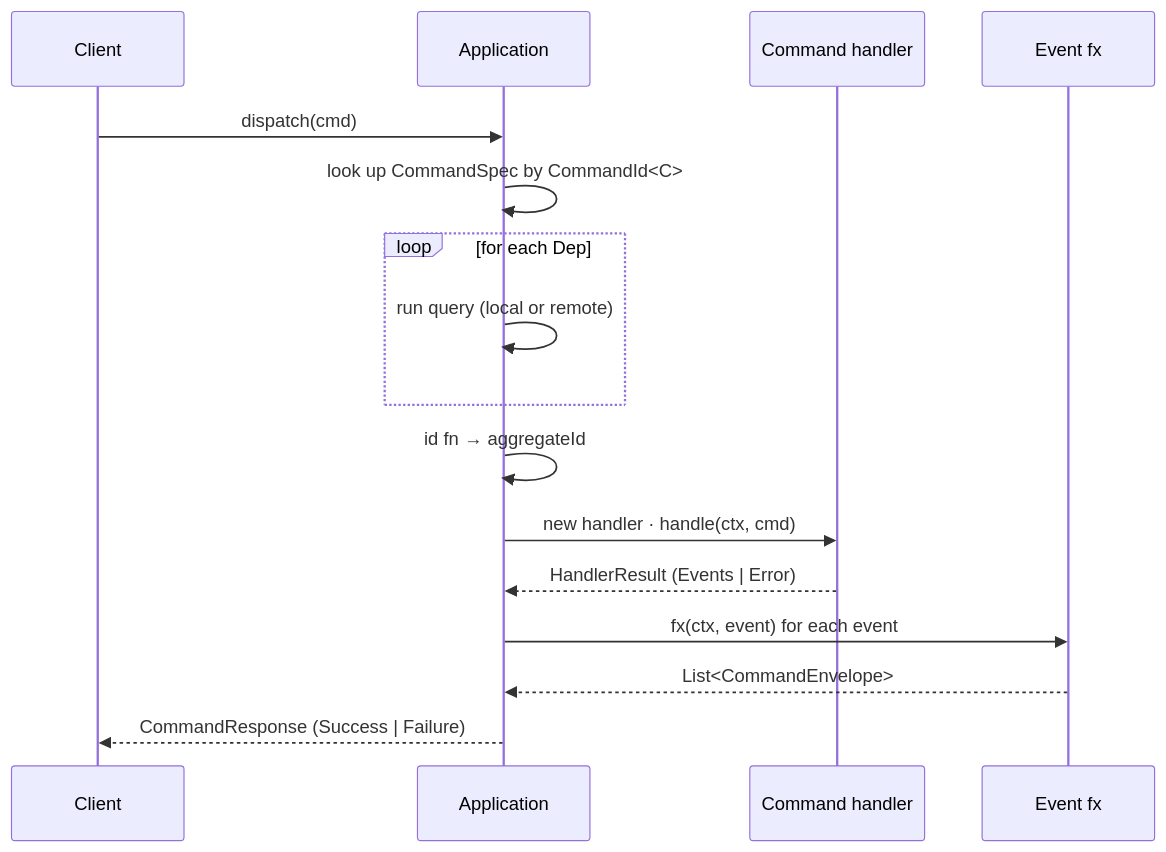
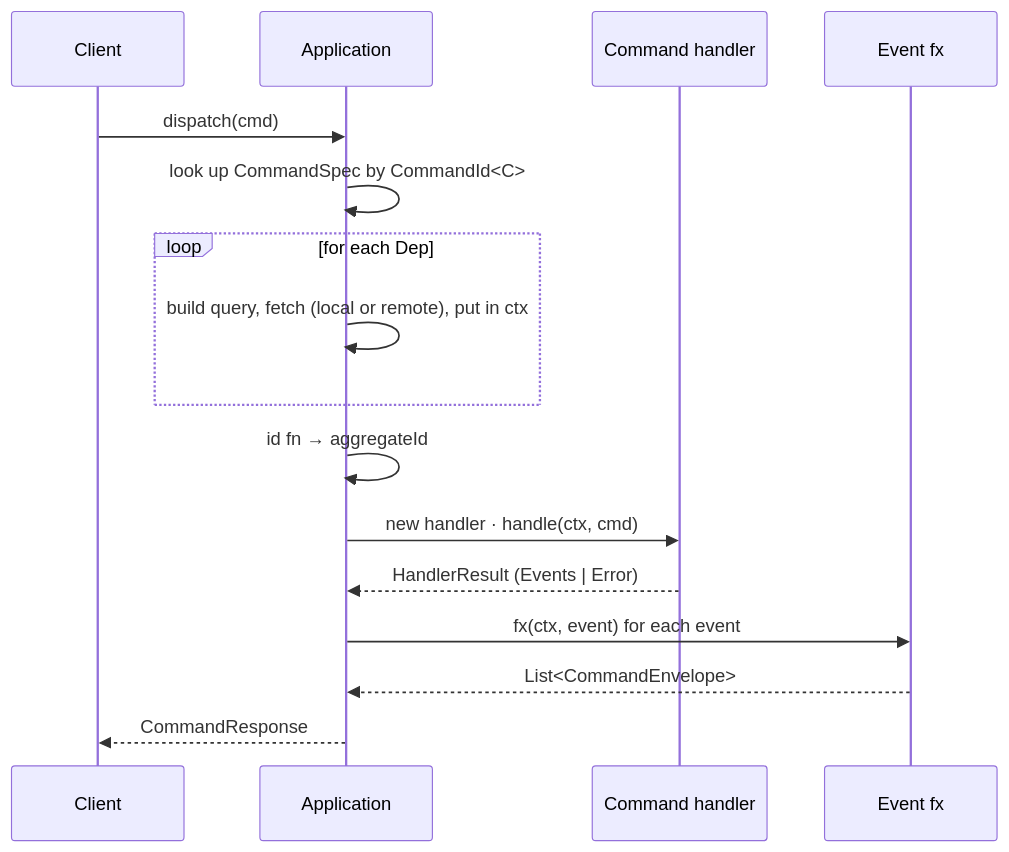
Before and after one commit to alpha-prosoft/edd-java: the second of 4 diagrams in README.md, drawn with Mermaid. The commit also changed other lines of this file and 7 other files, not shown here.

````diff
--- a/README.md
+++ b/README.md
@@ -67,19 +329,19 @@
 ```mermaid
 sequenceDiagram
     participant Client
     participant App as Application
     participant CH as Command handler
     participant FX as Event fx
 
     Client->>App: dispatch(cmd)
     App->>App: look up CommandSpec by CommandId<C>
     loop for each Dep
-        App->>App: run query (local or remote)
+        App->>App: build query, fetch (local or remote), put in ctx
     end
     App->>App: id fn → aggregateId
     App->>CH: new handler · handle(ctx, cmd)
     CH-->>App: HandlerResult (Events | Error)
     App->>FX: fx(ctx, event) for each event
     FX-->>App: List<CommandEnvelope>
-    App-->>Client: CommandResponse (Success | Failure)
+    App-->>Client: CommandResponse
 ```
````
